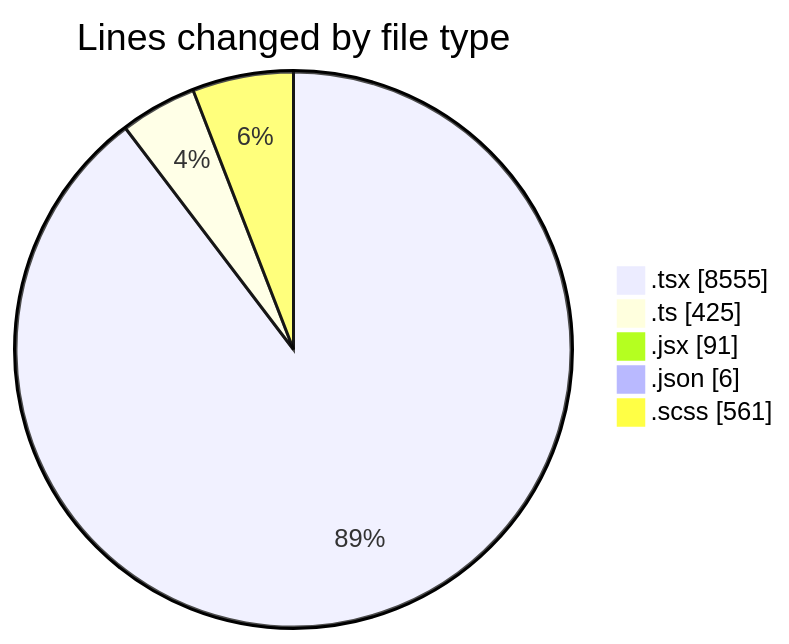
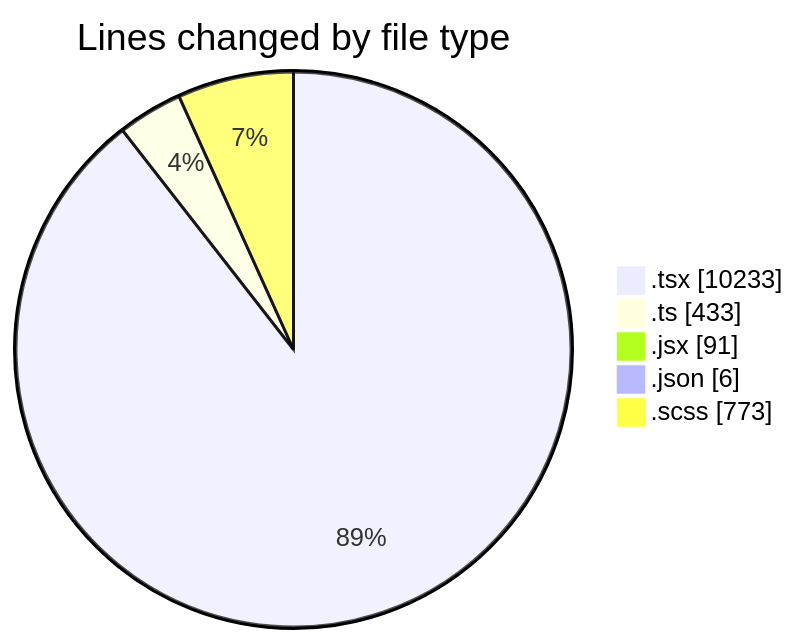
The first of 2 diagrams in 2026-04-27/cda/README.md (momahboobian/code-tracking), drawn with Mermaid before and after one commit. The commit also changed other lines of this file and 1 other file, not shown here.

````diff
--- a/2026-04-27/cda/README.md
+++ b/2026-04-27/cda/README.md
@@ -55,9 +55,9 @@
 ```mermaid
 pie showData
 title Lines changed by file type
-".tsx" : 8555
-".ts" : 425
+".tsx" : 10233
+".ts" : 433
 ".jsx" : 91
 ".json" : 6
-".scss" : 561
+".scss" : 773
 ```
````
